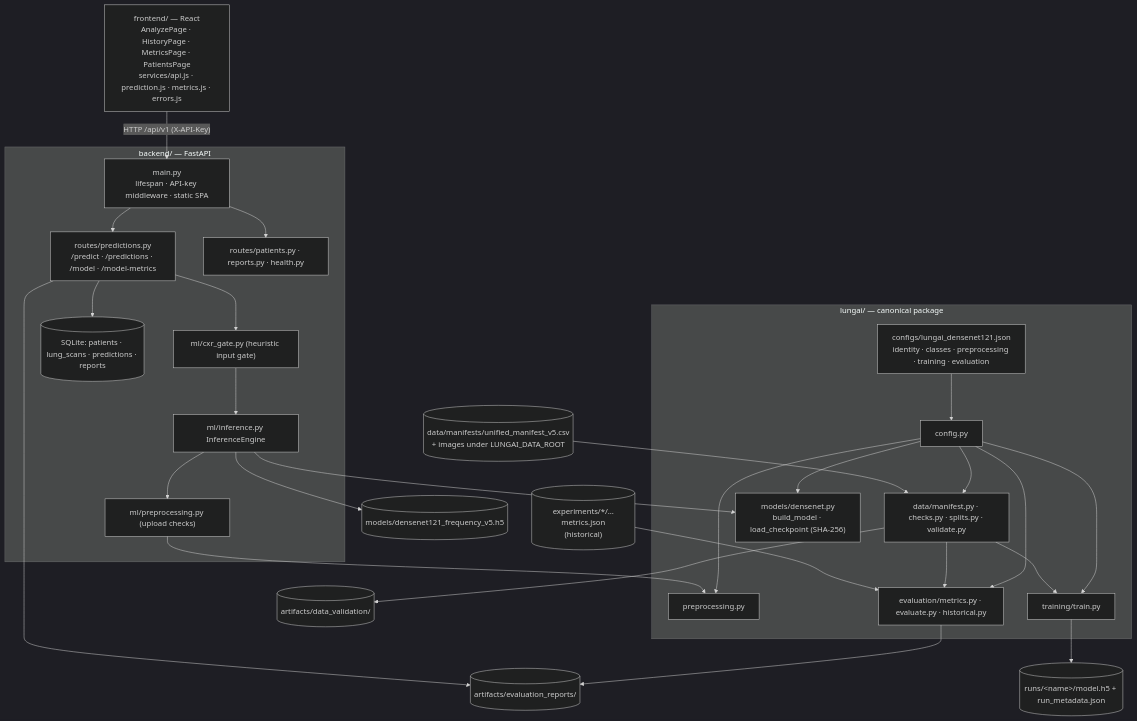
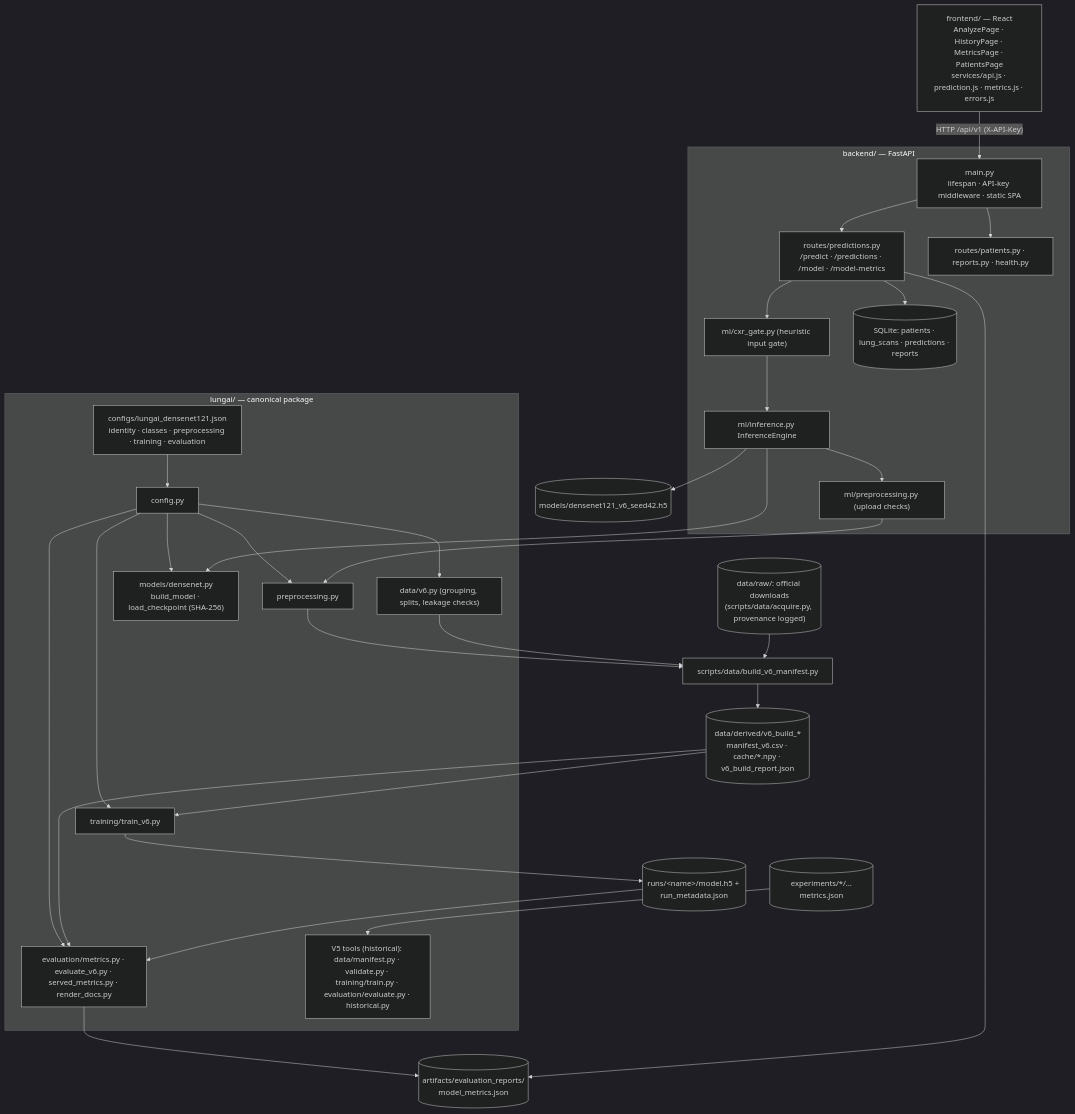
Before and after one commit to KSathwik/Lung_Disease_Detector: the diagram in docs/architecture.md, drawn with Mermaid (dark theme). The commit also changed other lines of this file and 179 other files, not shown here.

````diff
--- a/docs/architecture.md
+++ b/docs/architecture.md
@@ -3,37 +3,40 @@
 ```mermaid
 flowchart TB
   subgraph PKG["lungai/ — canonical package"]
     CFG["configs/lungai_densenet121.json<br/>identity · classes · preprocessing · training · evaluation"]
     CONF["config.py"]
     PRE["preprocessing.py"]
-    MAN["data/manifest.py · checks.py · splits.py · validate.py"]
+    MAN["data/v6.py (grouping, splits, leakage checks)"]
     MOD["models/densenet.py<br/>build_model · load_checkpoint (SHA-256)"]
-    TRN["training/train.py"]
-    EVA["evaluation/metrics.py · evaluate.py · historical.py"]
+    TRN["training/train_v6.py"]
+    EVA["evaluation/metrics.py · evaluate_v6.py · served_metrics.py · render_docs.py"]
+    HIST["V5 tools (historical): data/manifest.py · validate.py · training/train.py · evaluation/evaluate.py · historical.py"]
     CFG --> CONF --> PRE & MAN & MOD & TRN & EVA
   end
-  DATA[("data/manifests/unified_manifest_v5.csv<br/>+ images under LUNGAI_DATA_ROOT")] --> MAN
-  MAN --> TRN --> RUNS[("runs/&lt;name&gt;/model.h5 + run_metadata.json")]
-  MAN --> EVA
-  EXP[("experiments/*/…metrics.json<br/>(historical)")] --> EVA
-  EVA --> ART[("artifacts/evaluation_reports/")]
-  MAN --> ART2[("artifacts/data_validation/")]
+  RAW[("data/raw/: official downloads<br/>(scripts/data/acquire.py, provenance logged)")] --> BLD["scripts/data/build_v6_manifest.py"]
+  PRE --> BLD
+  MAN --> BLD --> DATA[("data/derived/v6_build_*<br/>manifest_v6.csv · cache/*.npy · v6_build_report.json")]
+  DATA --> TRN --> RUNS[("runs/&lt;name&gt;/model.h5 + run_metadata.json")]
+  DATA --> EVA
+  RUNS --> EVA
+  EVA --> ART[("artifacts/evaluation_reports/<br/>model_metrics.json")]
+  EXP[("experiments/*/…metrics.json")] --> HIST
 
   subgraph BE["backend/ — FastAPI"]
     MAIN["main.py<br/>lifespan · API-key middleware · static SPA"]
     R1["routes/predictions.py<br/>/predict · /predictions · /model · /model-metrics"]
     R2["routes/patients.py · reports.py · health.py"]
     GATE["ml/cxr_gate.py (heuristic input gate)"]
     ENG["ml/inference.py InferenceEngine"]
     BPRE["ml/preprocessing.py (upload checks)"]
     DB[("SQLite: patients · lung_scans · predictions · reports")]
     MAIN --> R1 & R2
     R1 --> GATE --> ENG --> BPRE
     R1 --> DB
   end
   BPRE --> PRE
   ENG --> MOD
-  ENG --> CK[("models/densenet121_frequency_v5.h5")]
+  ENG --> CK[("models/densenet121_v6_seed42.h5")]
   R1 --> ART
   FE["frontend/ — React<br/>AnalyzePage · HistoryPage · MetricsPage · PatientsPage<br/>services/api.js · prediction.js · metrics.js · errors.js"] -- "HTTP /api/v1 (X-API-Key)" --> MAIN
 ```
````
